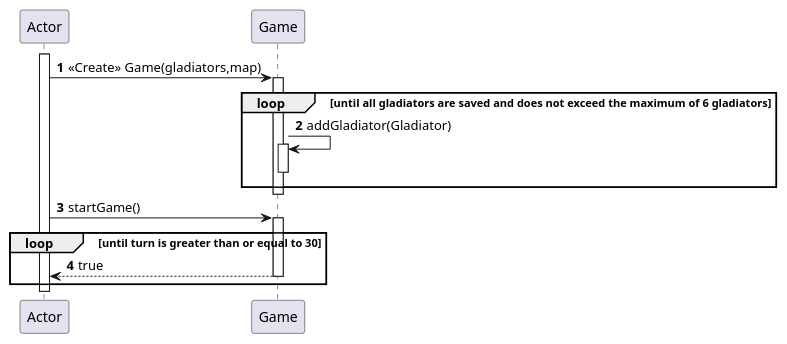
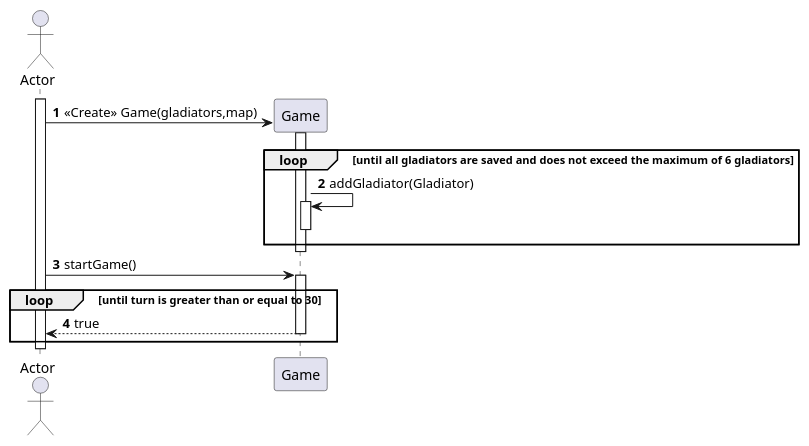
Before and after one commit to PabloGCH/tp2-algo3: the diagram in diagrams/sequences/useCase12.plantuml, drawn with PlantUML. The commit also changed 4 other files, not shown here.

```diff
--- a/diagrams/sequences/useCase12.plantuml
+++ b/diagrams/sequences/useCase12.plantuml
@@ -1,26 +1,28 @@
 @startuml
 
 autonumber
 
+actor Actor
+
 activate Actor
 
-actor Actor
+create Game
 Actor -> Game : <<Create>> Game(gladiators,map)
 activate Game
     loop until all gladiators are saved and does not exceed the maximum of 6 gladiators 
     Game -> Game : addGladiator(Gladiator)
     activate Game
     deactivate Game
     end loop
 deactivate Game
 
 Actor -> Game : startGame()
 loop until turn is greater than or equal to 30
 activate Game
     Game --> Actor : true
 deactivate Game
 end loop
 
 deactivate Actor
 
 @enduml
```
